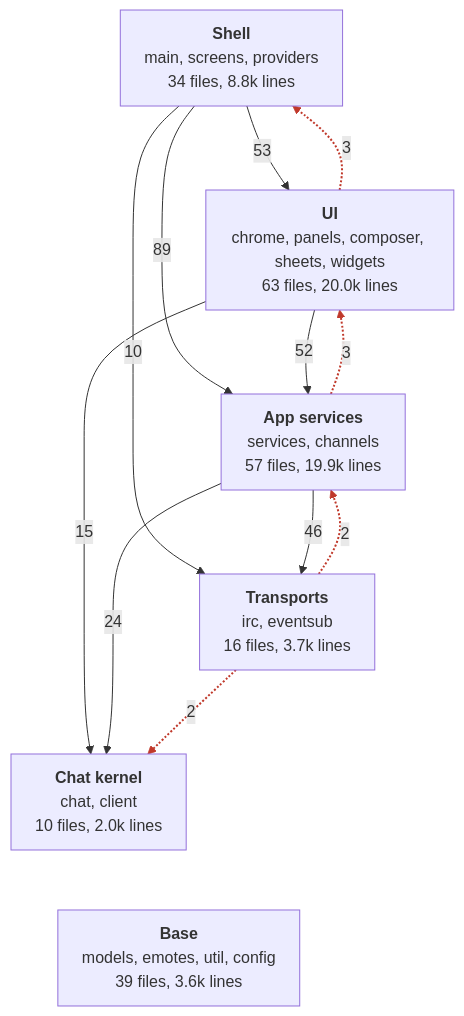
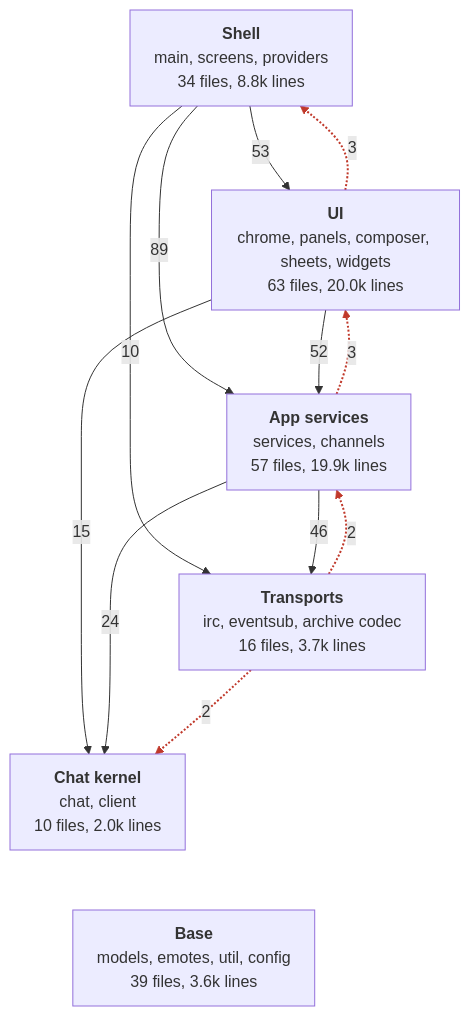
The first of 8 diagrams in docs/ARCHITECTURE.md (banan-guh/ErmChat), drawn with Mermaid before and after one commit. The commit also changed other lines of this file and 2 other files, not shown here.

Commit message:
chore: docs cover archive, mentions

````diff
--- a/docs/ARCHITECTURE.md
+++ b/docs/ARCHITECTURE.md
@@ -11,27 +11,27 @@
 ```mermaid
 %%{init: {"flowchart": {"nodeSpacing": 50, "rankSpacing": 60, "padding": 12}, "themeVariables": {"fontSize": "16px"}}}%%
 flowchart TD
   shell["<b>Shell</b><br/>main, screens, providers<br/>34 files, 8.8k lines"]
   ui["<b>UI</b><br/>chrome, panels, composer, sheets, widgets<br/>63 files, 20.0k lines"]
   app["<b>App services</b><br/>services, channels<br/>57 files, 19.9k lines"]
   kernel["<b>Chat kernel</b><br/>chat, client<br/>10 files, 2.0k lines"]
-  transport["<b>Transports</b><br/>irc, eventsub<br/>16 files, 3.7k lines"]
+  transport["<b>Transports</b><br/>irc, eventsub, archive codec<br/>16 files, 3.7k lines"]
   base["<b>Base</b><br/>models, emotes, util, config<br/>39 files, 3.6k lines"]
 
   shell -->|53| ui
   shell -->|89| app
   shell -->|10| transport
   ui -->|52| app
   ui -->|15| kernel
   app -->|24| kernel
   app -->|46| transport
   kernel ~~~ base
   transport ~~~ base
 
   ui -.->|3| shell
   app -.->|3| ui
   transport -.->|2| app
   transport -.->|2| kernel
 
   linkStyle 9,10,11,12 stroke:#c0392b,stroke-width:2px
 ```
````
